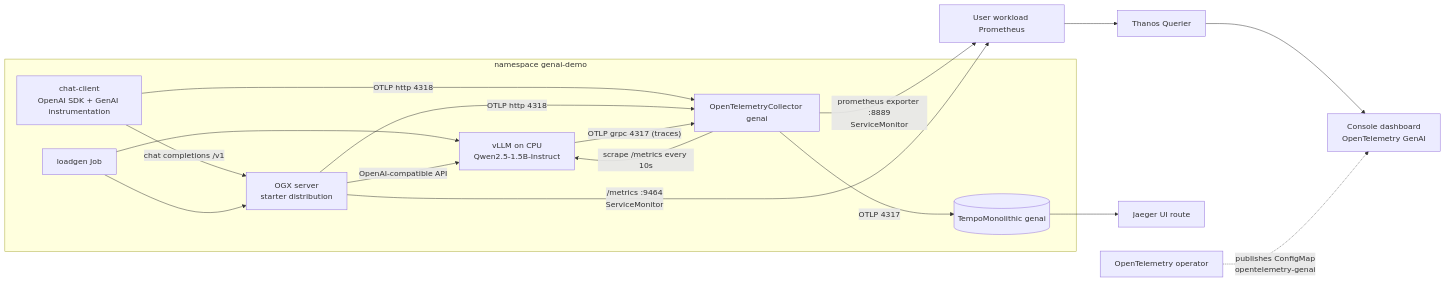
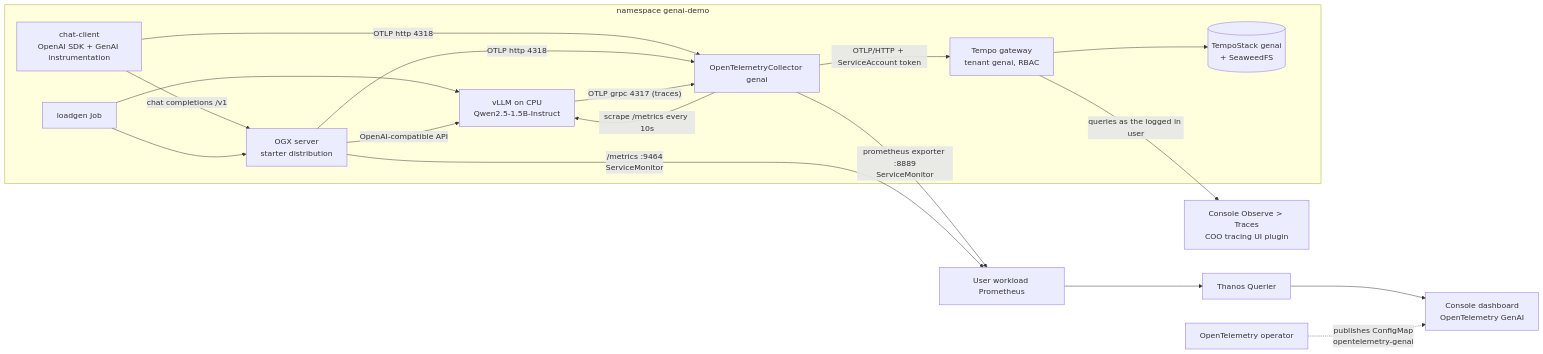
Before and after one commit to IshwarKanse/demo: the diagram in genai-observability/README.md, drawn with Mermaid. The commit also changed other lines of this file and 14 other files, not shown here.

First line of the commit message:
GenAI observability demo: multi-tenant TempoStack and traces in Observe > Traces

````diff
--- a/genai-observability/README.md
+++ b/genai-observability/README.md
@@ -19,26 +20,28 @@
 ```mermaid
 flowchart LR
   subgraph ns["namespace genai-demo"]
     C["chat-client<br/>OpenAI SDK + GenAI instrumentation"]
     L["loadgen Job"]
     O["OGX server<br/>starter distribution"]
     V["vLLM on CPU<br/>Qwen2.5-1.5B-Instruct"]
     COL["OpenTelemetryCollector genai"]
-    T[("TempoMonolithic genai")]
+    GW["Tempo gateway<br/>tenant genai, RBAC"]
+    T[("TempoStack genai<br/>+ SeaweedFS")]
     C -->|"chat completions /v1"| O
     L --> O
     L --> V
     O -->|"OpenAI-compatible API"| V
     C -->|"OTLP http 4318"| COL
     O -->|"OTLP http 4318"| COL
     V -->|"OTLP grpc 4317 (traces)"| COL
     COL -->|"scrape /metrics every 10s"| V
-    COL -->|"OTLP 4317"| T
+    COL -->|"OTLP/HTTP + ServiceAccount token"| GW
+    GW --> T
   end
   COL -->|"prometheus exporter :8889<br/>ServiceMonitor"| UWM["User workload Prometheus"]
   O -->|"/metrics :9464<br/>ServiceMonitor"| UWM
   UWM --> TQ["Thanos Querier"]
   TQ --> D["Console dashboard<br/>OpenTelemetry GenAI"]
-  T --> J["Jaeger UI route"]
+  GW -->|"queries as the logged in user"| TU["Console Observe > Traces<br/>COO tracing UI plugin"]
   OP["OpenTelemetry operator"] -.->|"publishes ConfigMap<br/>opentelemetry-genai"| D
 ```
````
